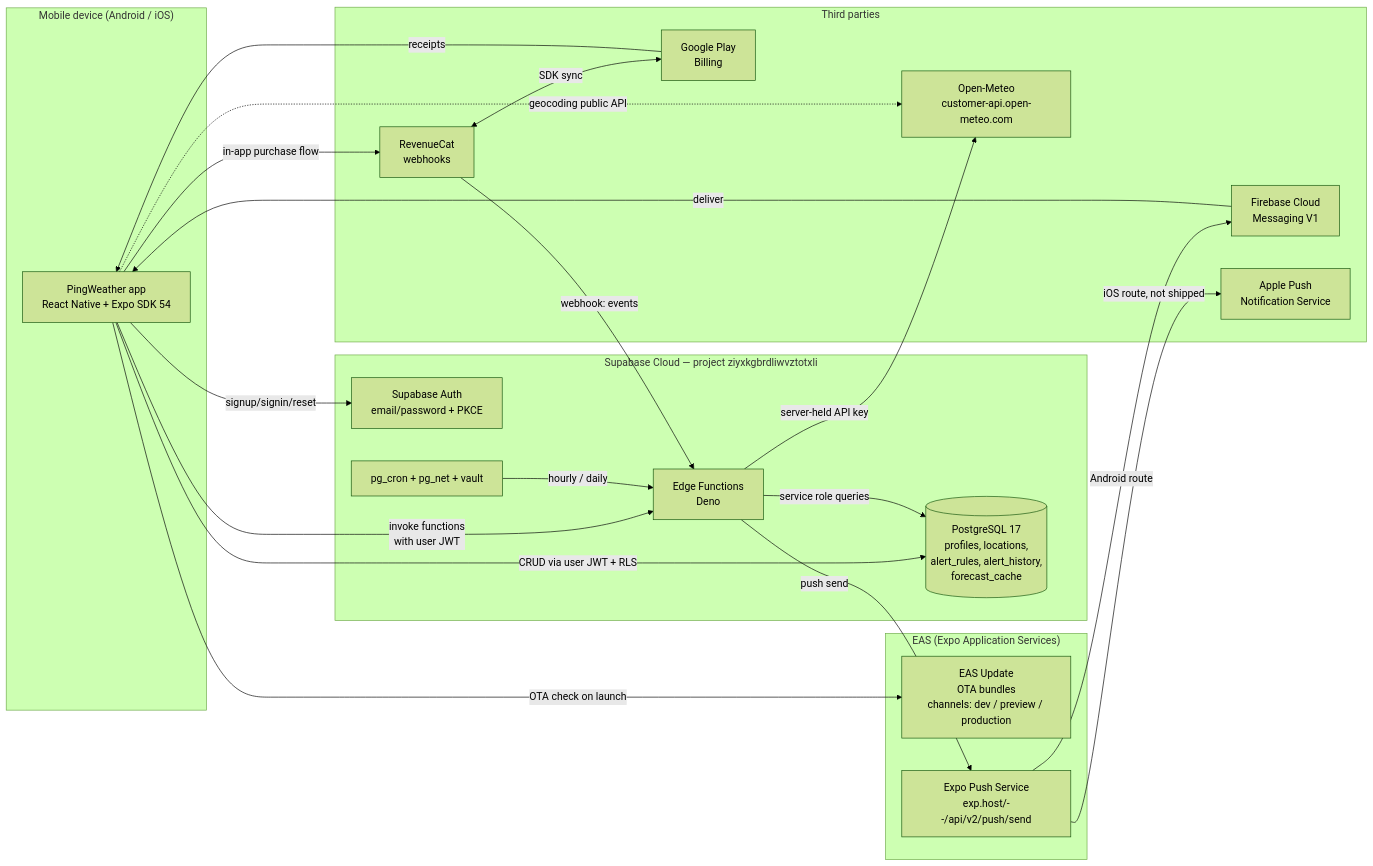
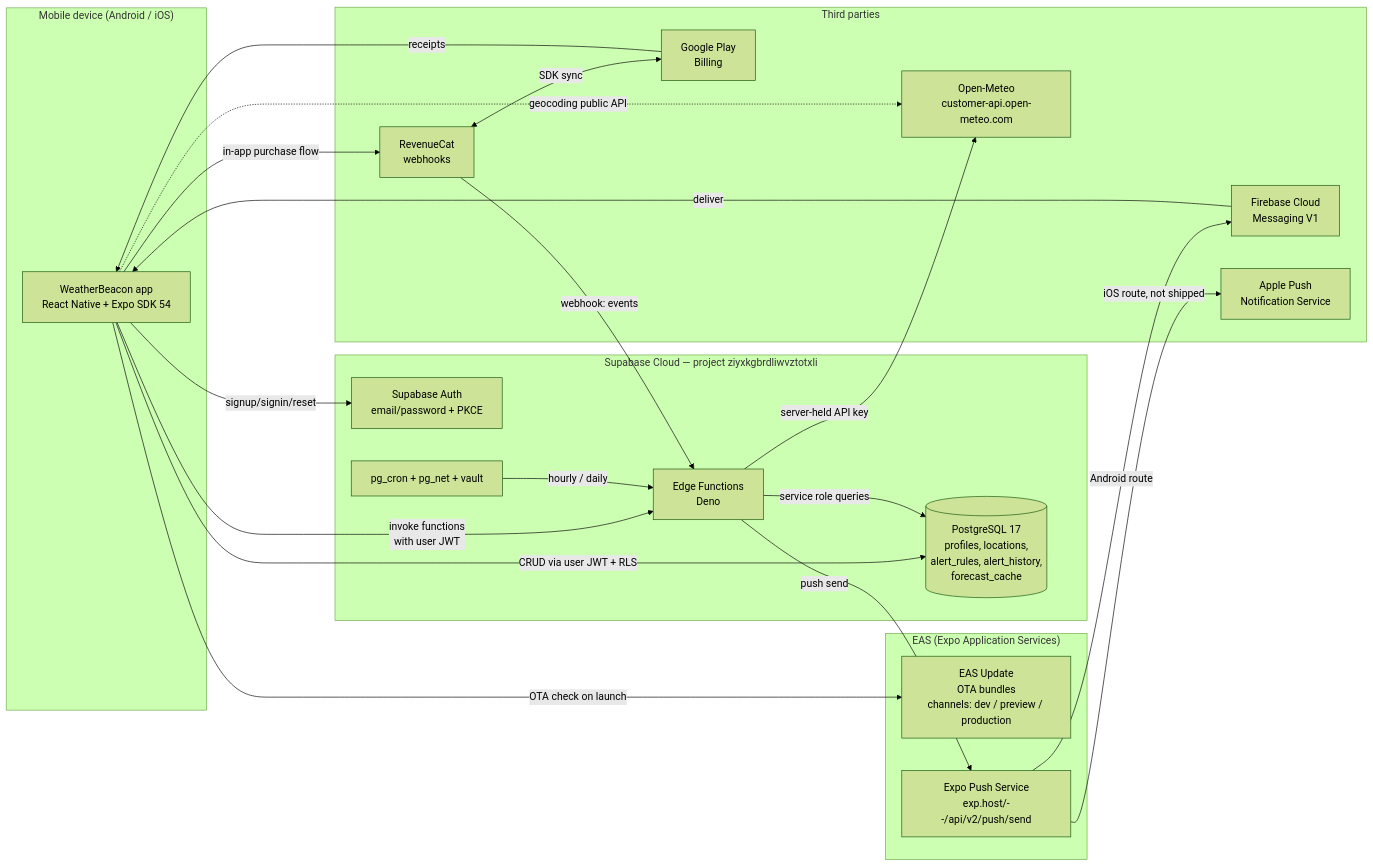
One commit to jimmythorne10/PingWeather changed the first of 7 diagrams in docs/architecture/diagrams.md. Above: the diagram before and after it, drawn with Mermaid (forest theme). The commit also changed other lines of this file and 93 other files, not shown here.

````diff
--- a/docs/architecture/diagrams.md
+++ b/docs/architecture/diagrams.md
@@ -11,46 +11,46 @@
 ```mermaid
 graph LR
     subgraph Device["Mobile device (Android / iOS)"]
-        APP[PingWeather app<br/>React Native + Expo SDK 54]
+        APP[WeatherBeacon app<br/>React Native + Expo SDK 54]
     end
 
     subgraph EAS["EAS (Expo Application Services)"]
         EASUpdate[EAS Update<br/>OTA bundles<br/>channels: dev / preview / production]
         EASPush[Expo Push Service<br/>exp.host/--/api/v2/push/send]
     end
 
     subgraph Supabase["Supabase Cloud — project ziyxkgbrdliwvztotxli"]
         Auth[Supabase Auth<br/>email/password + PKCE]
         DB[(PostgreSQL 17<br/>profiles, locations,<br/>alert_rules, alert_history,<br/>forecast_cache)]
         Cron[pg_cron + pg_net + vault]
         EdgeFn[Edge Functions<br/>Deno]
     end
 
     subgraph Third["Third parties"]
         OpenMeteo[Open-Meteo<br/>customer-api.open-meteo.com]
         FCM[Firebase Cloud<br/>Messaging V1]
         APNs[Apple Push<br/>Notification Service]
         RevenueCat[RevenueCat<br/>webhooks]
         PlayBilling[Google Play<br/>Billing]
     end
 
     APP -->|OTA check on launch| EASUpdate
     APP -->|signup/signin/reset| Auth
     APP -->|CRUD via user JWT + RLS| DB
     APP -->|invoke functions<br/>with user JWT| EdgeFn
     APP -->|in-app purchase flow| RevenueCat
     APP -.->|geocoding public API| OpenMeteo
 
     Cron -->|hourly / daily| EdgeFn
     EdgeFn -->|service role queries| DB
     EdgeFn -->|server-held API key| OpenMeteo
     EdgeFn -->|push send| EASPush
 
     EASPush -->|Android route| FCM
     EASPush -->|iOS route, not shipped| APNs
     FCM -->|deliver| APP
 
     RevenueCat -->|webhook: events| EdgeFn
     RevenueCat <-->|SDK sync| PlayBilling
     PlayBilling -->|receipts| APP
 ```
````
